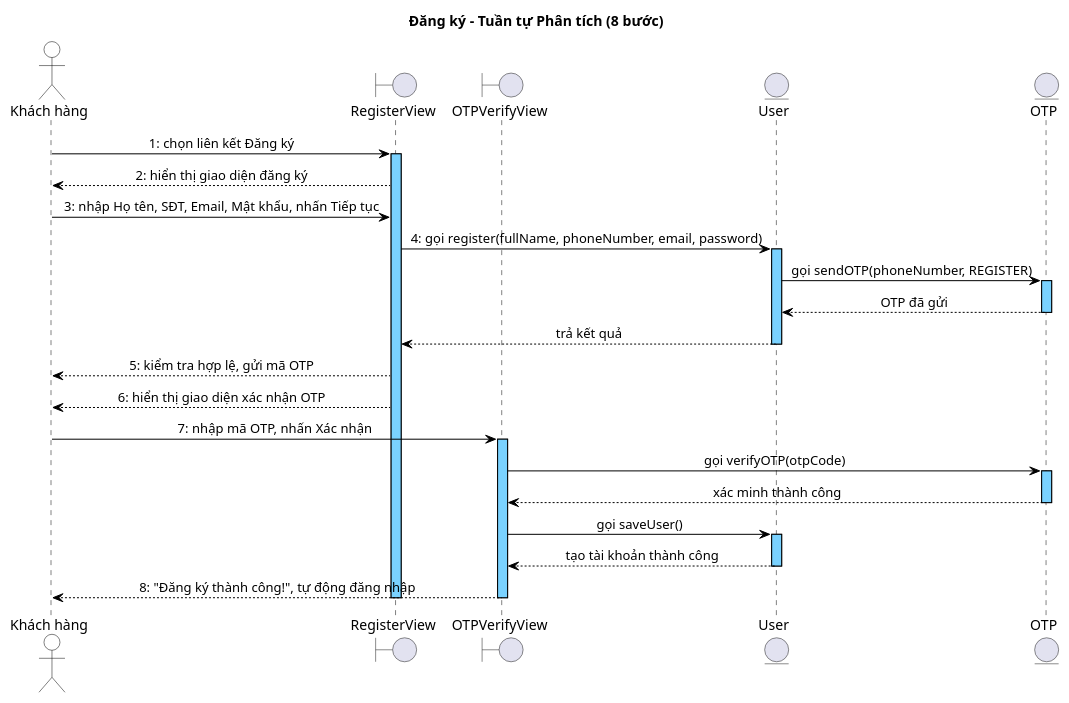
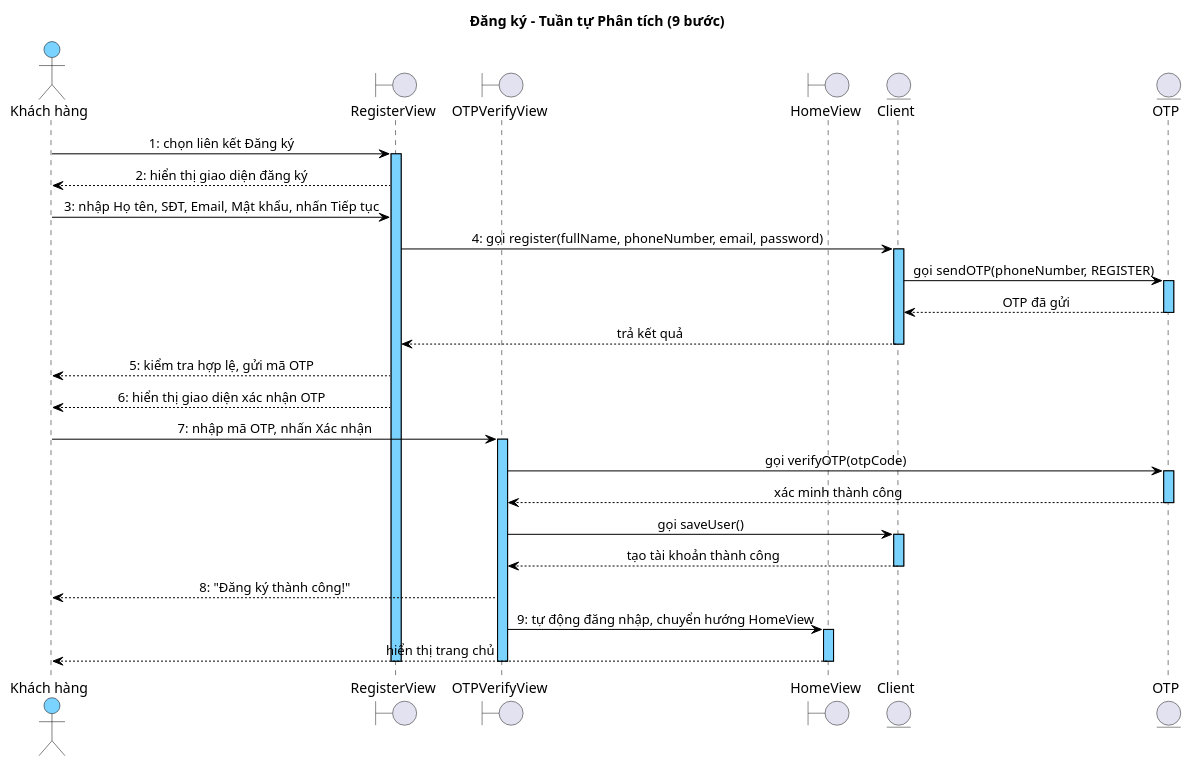
One commit to thanhtrnnn/cnpm changed the fourth of 7 diagrams in docs/tabs/section-account-ii.md. Above: the diagram before and after it, drawn with PlantUML. The commit also changed other lines of this file and 15 other files, not shown here.

First line of the commit message:
fix: User→Client/Employee inheritance + HomeView + LoginView redirect

````diff
--- a/docs/tabs/section-account-ii.md
+++ b/docs/tabs/section-account-ii.md
@@ -416,59 +469,64 @@
 ```plantuml
 @startuml
 skinparam shadowing false
 skinparam SequenceMessageAlign left
 skinparam sequenceMessageAlign center
 skinparam sequenceArrowThickness 1
 skinparam sequenceLifeLineBorderColor #000000
 skinparam sequenceLifeLineBackgroundColor #7AD2FF
 skinparam sequenceParticipantBackgroundColor #7AD2FF
 skinparam sequenceParticipantBorderColor #000000
 skinparam sequenceParticipantFontColor #000000
 skinparam sequenceArrowColor #000000
 skinparam sequenceArrowFontColor #000000
 skinparam sequenceGroupBorderColor #000000
 skinparam sequenceGroupBackgroundColor #DDEEFF
 skinparam sequenceDividerBorderColor #000000
 skinparam sequenceDividerBackgroundColor #DDEEFF
 skinparam sequenceMessageFontColor #000000
 skinparam sequenceMessageFontSize 10
 skinparam sequenceActorBorderColor #000000
-skinparam sequenceActorBackgroundColor transparent
+skinparam sequenceActorBackgroundColor #7AD2FF
 skinparam sequenceActorFontColor #000000
-title Đăng ký – Tuần tự Phân tích (8 bước)
+title Đăng ký – Tuần tự Phân tích (9 bước)
 
 actor "Khách hàng" as Actor
 boundary RegisterView as B1
 boundary OTPVerifyView as B2
-entity User as E1
+boundary HomeView as B3
+entity Client as E1
 entity OTP as E2
 
 Actor -> B1 : 1: chọn liên kết Đăng ký
 activate B1
 B1 --> Actor : 2: hiển thị giao diện đăng ký
 Actor -> B1 : 3: nhập Họ tên, SĐT, Email, Mật khẩu, nhấn Tiếp tục
 B1 -> E1 : 4: gọi register(fullName, phoneNumber, email, password)
 activate E1
 E1 -> E2 : gọi sendOTP(phoneNumber, REGISTER)
 activate E2
 E2 --> E1 : OTP đã gửi
 deactivate E2
 E1 --> B1 : trả kết quả
 deactivate E1
 B1 --> Actor : 5: kiểm tra hợp lệ, gửi mã OTP
 B1 --> Actor : 6: hiển thị giao diện xác nhận OTP
 Actor -> B2 : 7: nhập mã OTP, nhấn Xác nhận
 activate B2
 B2 -> E2 : gọi verifyOTP(otpCode)
 activate E2
 E2 --> B2 : xác minh thành công
 deactivate E2
 B2 -> E1 : gọi saveUser()
 activate E1
 E1 --> B2 : tạo tài khoản thành công
 deactivate E1
-B2 --> Actor : 8: "Đăng ký thành công!", tự động đăng nhập
+B2 --> Actor : 8: "Đăng ký thành công!"
+B2 -> B3 : 9: tự động đăng nhập, chuyển hướng HomeView
+activate B3
+B3 --> Actor : hiển thị trang chủ
+deactivate B3
 deactivate B2
 deactivate B1
 @enduml
 ```
````
